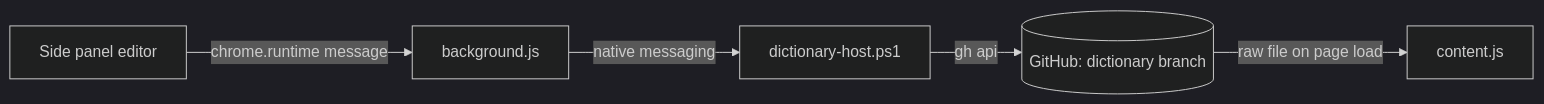
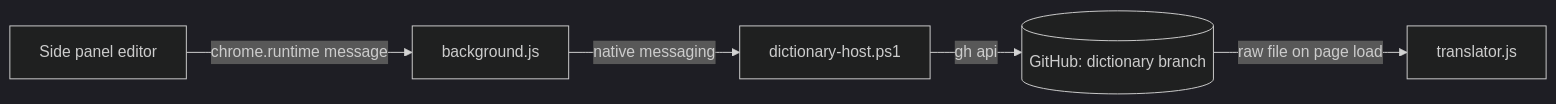
One commit to JaceDashS/udemy-korean-translator changed the second of 3 diagrams in docs/architecture/10-overview.md. Above: the diagram before and after it, drawn with Mermaid (dark theme). The commit also changed other lines of this file and 25 other files, not shown here.

````diff
--- a/docs/architecture/10-overview.md
+++ b/docs/architecture/10-overview.md
@@ -37,7 +39,7 @@
 ```mermaid
 flowchart LR
     E[Side panel editor] -->|chrome.runtime message| B[background.js]
     B -->|native messaging| H[dictionary-host.ps1]
     H -->|gh api| G[(GitHub: dictionary branch)]
-    G -->|raw file on page load| C[content.js]
+    G -->|raw file on page load| C[translator.js]
 ```
````
